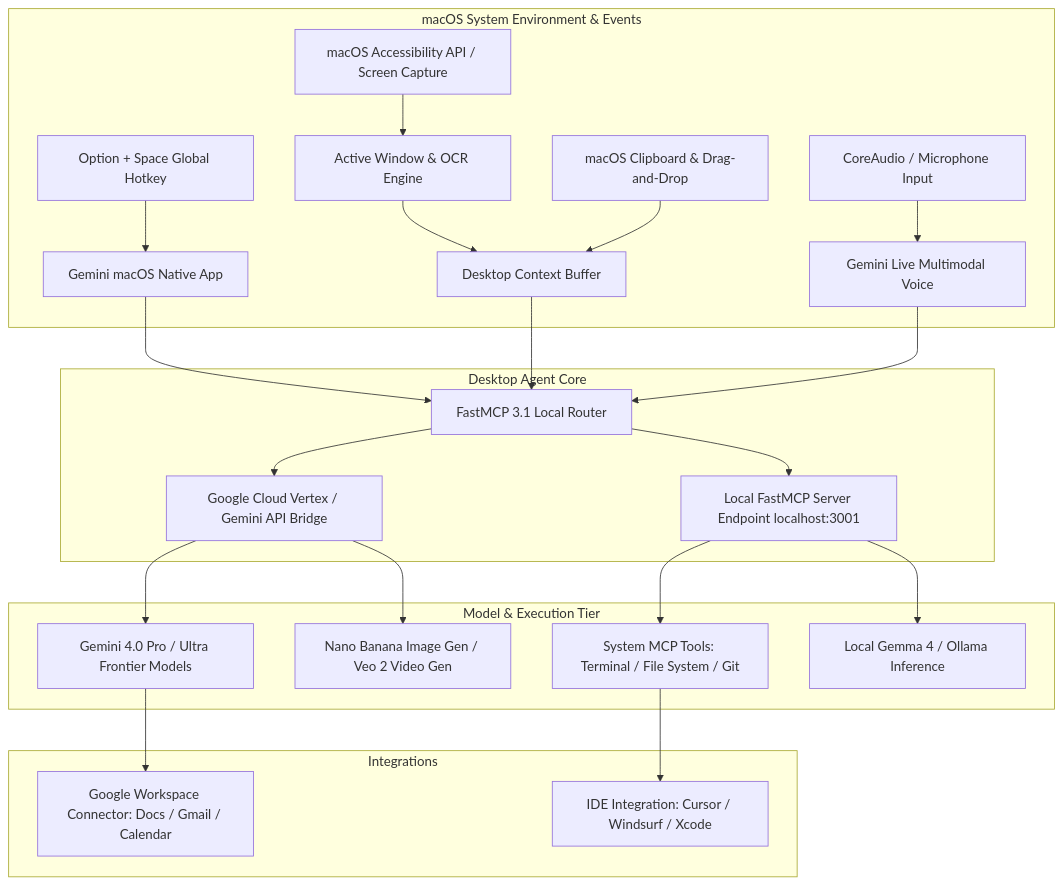
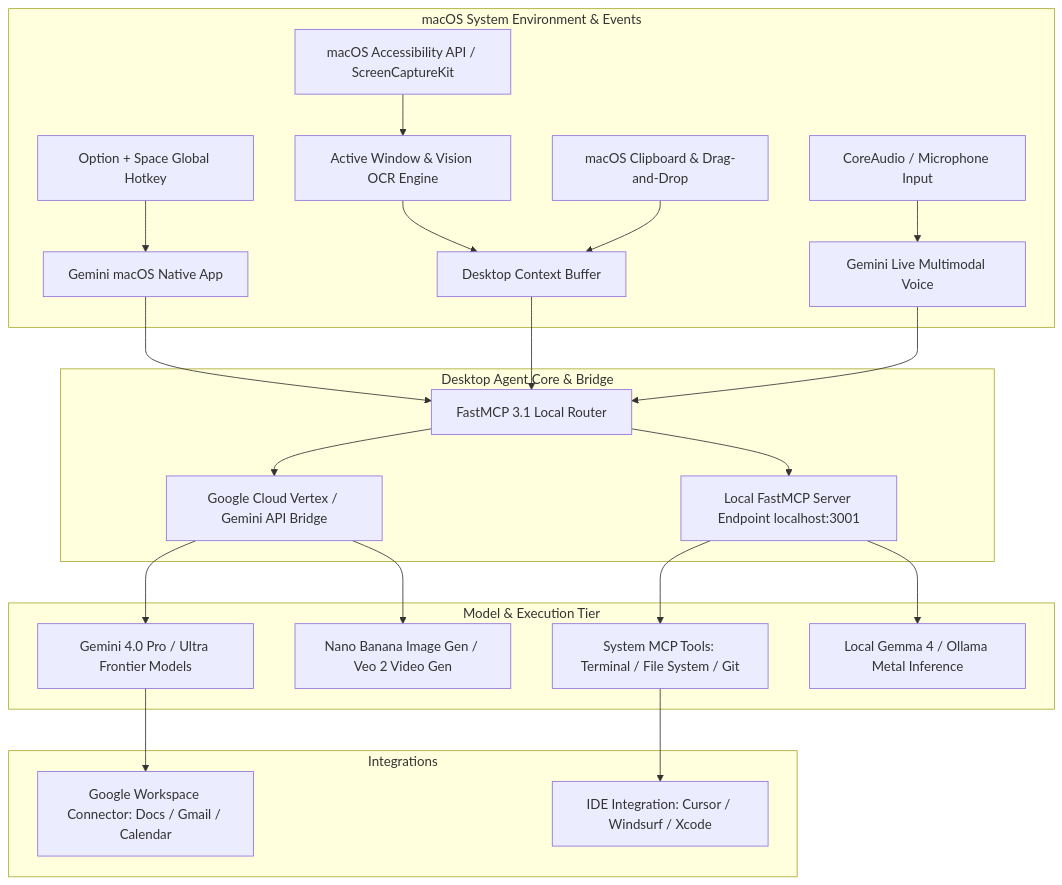
Before and after one commit to joanmarcriera/Home-office-automations: the diagram in docs/tools/ai_knowledge/gemini-macos.md, drawn with Mermaid. The commit also changed other lines of this file and 5 other files, not shown here.

````diff
--- a/docs/tools/ai_knowledge/gemini-macos.md
+++ b/docs/tools/ai_knowledge/gemini-macos.md
@@ -8,32 +8,32 @@
 ```mermaid
 graph TD
     subgraph macOS System Environment & Events
         GlobalHotkey[Option + Space Global Hotkey] --> GeminiApp[Gemini macOS Native App]
-        Accessibility[macOS Accessibility API / Screen Capture] --> ScreenReader[Active Window & OCR Engine]
+        Accessibility[macOS Accessibility API / ScreenCaptureKit] --> ScreenReader[Active Window & Vision OCR Engine]
         ScreenReader --> ContextBuffer[Desktop Context Buffer]
         Clipboard[macOS Clipboard & Drag-and-Drop] --> ContextBuffer
         AudioIO[CoreAudio / Microphone Input] --> VoiceEngine[Gemini Live Multimodal Voice]
     end
 
-    subgraph Desktop Agent Core
+    subgraph Desktop Agent Core & Bridge
         GeminiApp --> LocalRouter[FastMCP 3.1 Local Router]
         ContextBuffer --> LocalRouter
         VoiceEngine --> LocalRouter
 
         LocalRouter --> FastMCPServer[Local FastMCP Server Endpoint localhost:3001]
         LocalRouter --> CloudBridge[Google Cloud Vertex / Gemini API Bridge]
     end
 
     subgraph Model & Execution Tier
         CloudBridge --> GeminiPro[Gemini 4.0 Pro / Ultra Frontier Models]
         CloudBridge --> NanoBanana[Nano Banana Image Gen / Veo 2 Video Gen]
 
         FastMCPServer --> MCPTools[System MCP Tools: Terminal / File System / Git]
-        FastMCPServer --> LocalOllama[Local Gemma 4 / Ollama Inference]
+        FastMCPServer --> LocalOllama[Local Gemma 4 / Ollama Metal Inference]
     end
 
     subgraph Integrations
         GeminiPro --> Workspace[Google Workspace Connector: Docs / Gmail / Calendar]
         MCPTools --> IDE[IDE Integration: Cursor / Windsurf / Xcode]
     end
 ```
````
